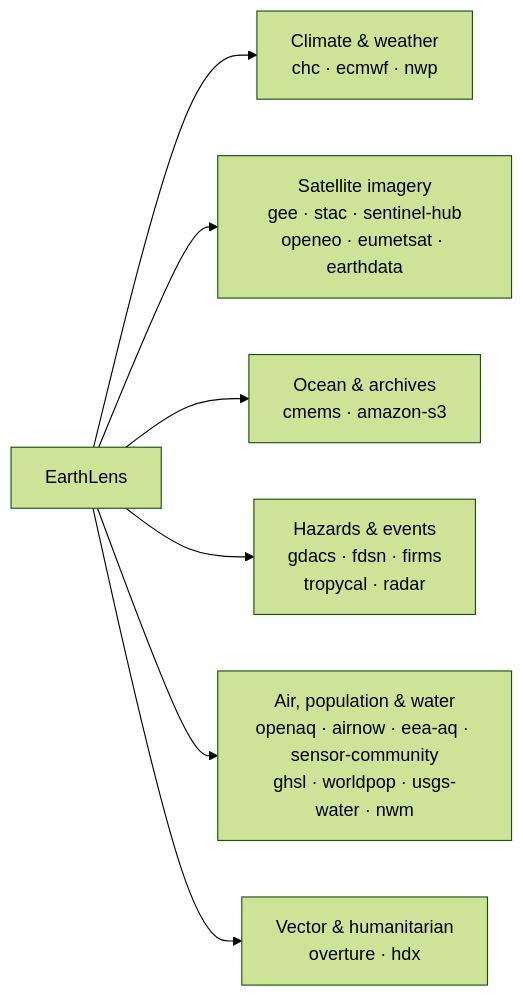
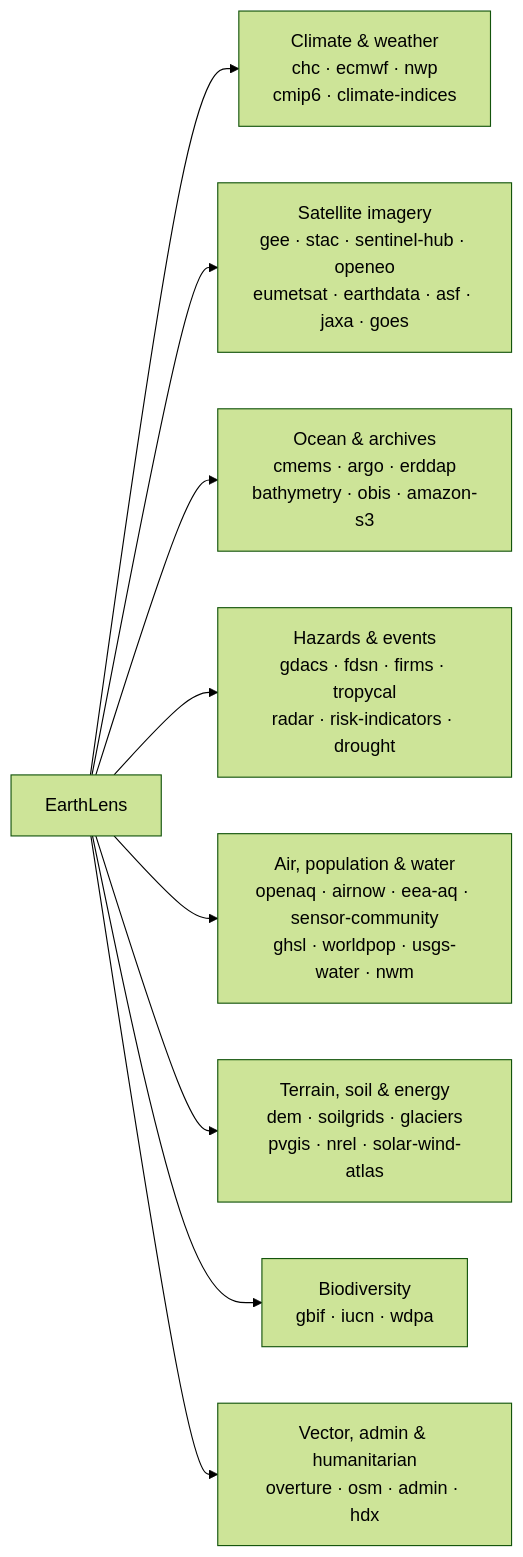
One commit to serapeum-org/earthlens changed the diagram in docs/index.md. Above: the diagram before and after it, drawn with Mermaid (forest theme). The commit also changed other lines of this file and 138 other files, not shown here.

````diff
--- a/docs/index.md
+++ b/docs/index.md
@@ -35,9 +38,11 @@
 ```mermaid
 graph LR
-    EarthLens --> Climate["Climate & weather<br/>chc · ecmwf · nwp"]
-    EarthLens --> Imagery["Satellite imagery<br/>gee · stac · sentinel-hub<br/>openeo · eumetsat · earthdata"]
-    EarthLens --> Ocean["Ocean & archives<br/>cmems · amazon-s3"]
-    EarthLens --> Hazards["Hazards & events<br/>gdacs · fdsn · firms<br/>tropycal · radar"]
+    EarthLens --> Climate["Climate & weather<br/>chc · ecmwf · nwp<br/>cmip6 · climate-indices"]
+    EarthLens --> Imagery["Satellite imagery<br/>gee · stac · sentinel-hub · openeo<br/>eumetsat · earthdata · asf · jaxa · goes"]
+    EarthLens --> Ocean["Ocean & archives<br/>cmems · argo · erddap<br/>bathymetry · obis · amazon-s3"]
+    EarthLens --> Hazards["Hazards & events<br/>gdacs · fdsn · firms · tropycal<br/>radar · risk-indicators · drought"]
     EarthLens --> People["Air, population & water<br/>openaq · airnow · eea-aq · sensor-community<br/>ghsl · worldpop · usgs-water · nwm"]
-    EarthLens --> Vector["Vector & humanitarian<br/>overture · hdx"]
+    EarthLens --> Earth["Terrain, soil & energy<br/>dem · soilgrids · glaciers<br/>pvgis · nrel · solar-wind-atlas"]
+    EarthLens --> Life["Biodiversity<br/>gbif · iucn · wdpa"]
+    EarthLens --> Vector["Vector, admin & humanitarian<br/>overture · osm · admin · hdx"]
 ```
````
